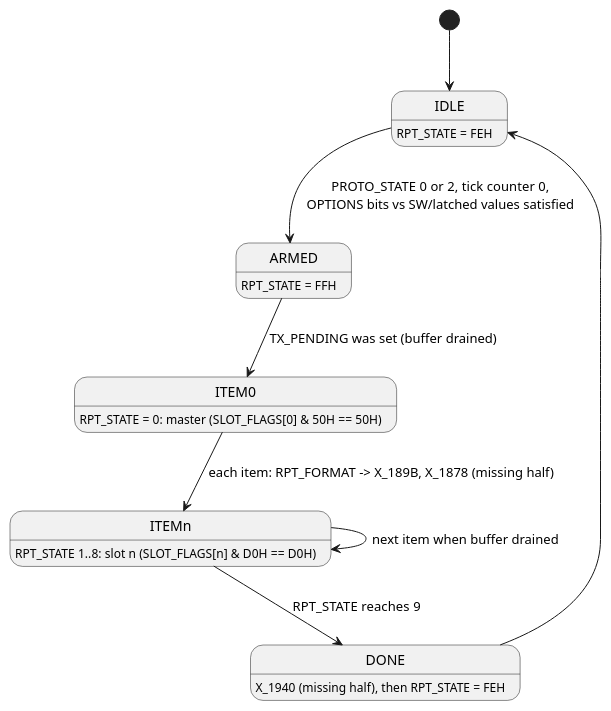
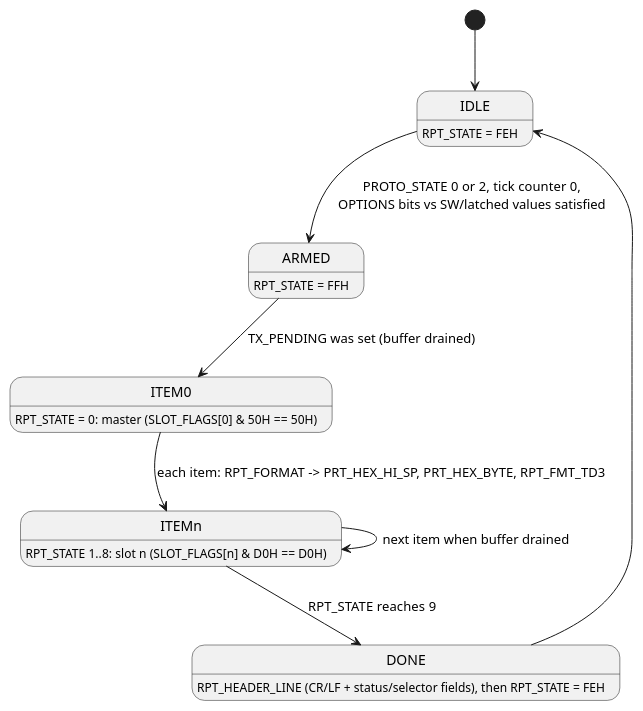
Before and after one commit to Mwwhited-BookLearning/navtec-roms: the second of 2 diagrams in docs/serial-protocol.md, drawn with PlantUML. The commit also changed other lines of this file and 11 other files, not shown here.

````diff
--- a/docs/serial-protocol.md
+++ b/docs/serial-protocol.md
@@ -108,17 +108,17 @@
 ```plantuml
 @startuml
 hide empty description
 [*] --> IDLE
 IDLE : RPT_STATE = FEH
 IDLE --> ARMED : PROTO_STATE 0 or 2, tick counter 0,\nOPTIONS bits vs SW/latched values satisfied
 ARMED : RPT_STATE = FFH
 ARMED --> ITEM0 : TX_PENDING was set (buffer drained)
 ITEM0 : RPT_STATE = 0: master (SLOT_FLAGS[0] & 50H == 50H)
-ITEM0 --> ITEMn : each item: RPT_FORMAT -> X_189B, X_1878 (missing half)
+ITEM0 --> ITEMn : each item: RPT_FORMAT -> PRT_HEX_HI_SP, PRT_HEX_BYTE, RPT_FMT_TD3
 ITEMn : RPT_STATE 1..8: slot n (SLOT_FLAGS[n] & D0H == D0H)
 ITEMn --> ITEMn : next item when buffer drained
 ITEMn --> DONE : RPT_STATE reaches 9
-DONE : X_1940 (missing half), then RPT_STATE = FEH
+DONE : RPT_HEADER_LINE (CR/LF + status/selector fields), then RPT_STATE = FEH
 DONE --> IDLE
 @enduml
 ```
````
